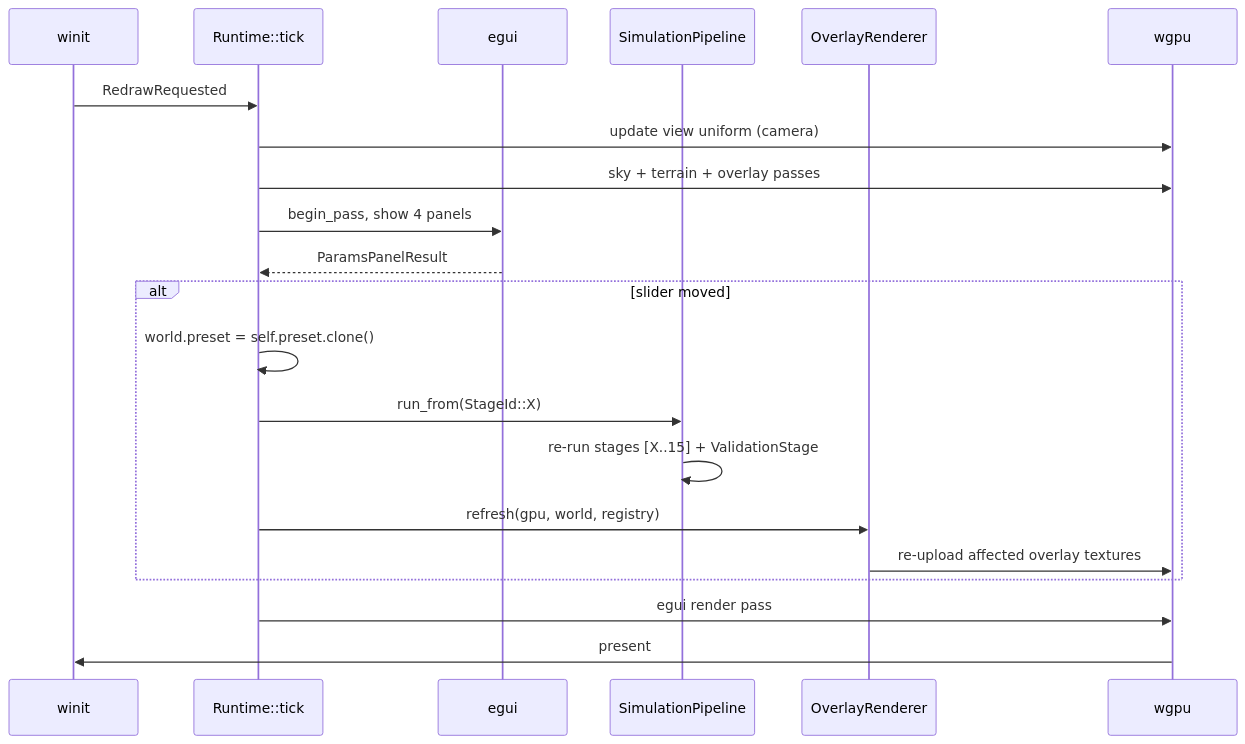
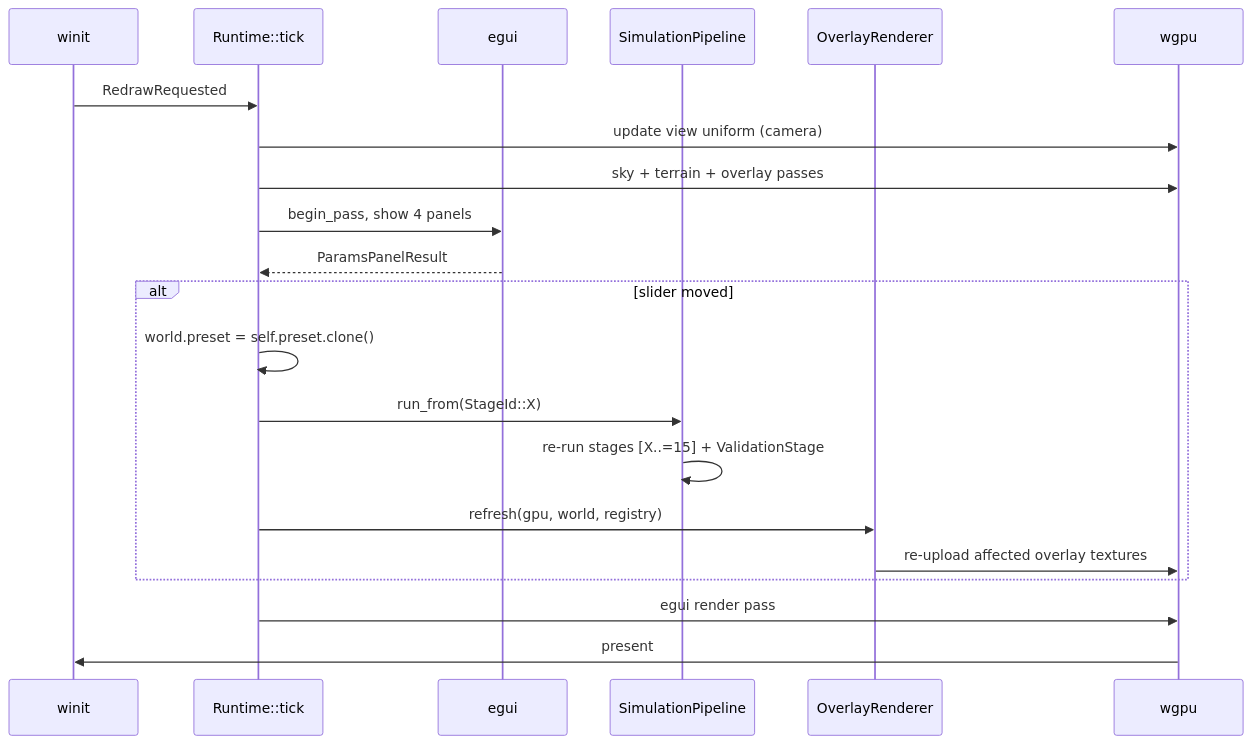
The fourth of 5 diagrams in docs/architecture/ARCHITECTURE.md (AmanThuL/Island-Proc-Gen), drawn with Mermaid before and after one commit. The commit also changed other lines of this file and 3 other files, not shown here.

````diff
--- a/docs/architecture/ARCHITECTURE.md
+++ b/docs/architecture/ARCHITECTURE.md
@@ -257,24 +257,24 @@
 ```mermaid
 sequenceDiagram
     participant W as winit
     participant R as Runtime::tick
     participant E as egui
     participant P as SimulationPipeline
     participant O as OverlayRenderer
     participant G as wgpu
 
     W->>R: RedrawRequested
     R->>G: update view uniform (camera)
     R->>G: sky + terrain + overlay passes
     R->>E: begin_pass, show 4 panels
     E-->>R: ParamsPanelResult
     alt slider moved
         R->>R: world.preset = self.preset.clone()
         R->>P: run_from(StageId::X)
-        P->>P: re-run stages [X..15] + ValidationStage
+        P->>P: re-run stages [X..=15] + ValidationStage
         R->>O: refresh(gpu, world, registry)
         O->>G: re-upload affected overlay textures
     end
     R->>G: egui render pass
     G->>W: present
 ```
````
